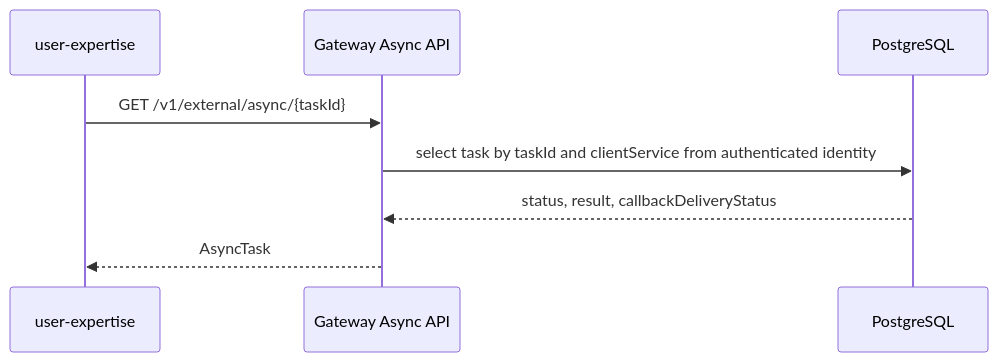
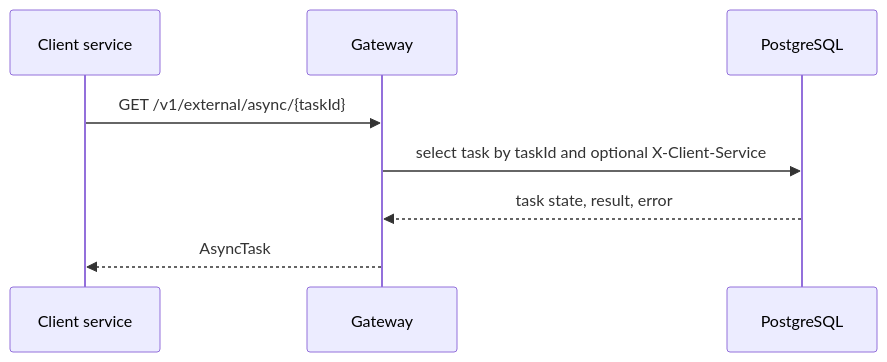
Before and after one commit to DenisVanin4402/TestQwenCli: diagram 12 of 13 in docs/external-service-gateway/c4-architecture.md, drawn with Mermaid. The commit also changed other lines of this file and 11 other files, not shown here.

Commit message:
sync\async api (first init) - обновлена документация

````diff
--- a/docs/external-service-gateway/c4-architecture.md
+++ b/docs/external-service-gateway/c4-architecture.md
@@ -204,11 +263,11 @@
 ```mermaid
 sequenceDiagram
-    participant Client as user-expertise
-    participant API as Gateway Async API
+    participant Client as Client service
+    participant Gateway as Gateway
     participant DB as PostgreSQL
 
-    Client->>API: GET /v1/external/async/{taskId}
-    API->>DB: select task by taskId and clientService from authenticated identity
-    DB-->>API: status, result, callbackDeliveryStatus
-    API-->>Client: AsyncTask
+    Client->>Gateway: GET /v1/external/async/{taskId}
+    Gateway->>DB: select task by taskId and optional X-Client-Service
+    DB-->>Gateway: task state, result, error
+    Gateway-->>Client: AsyncTask
 ```
````
